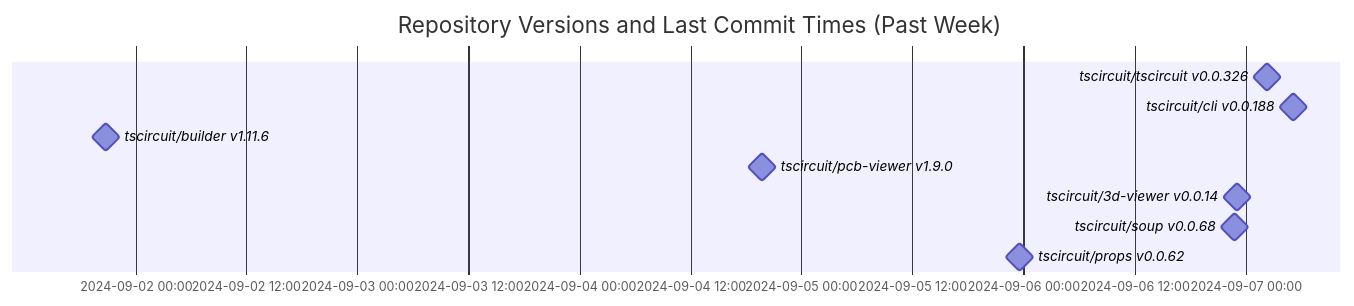
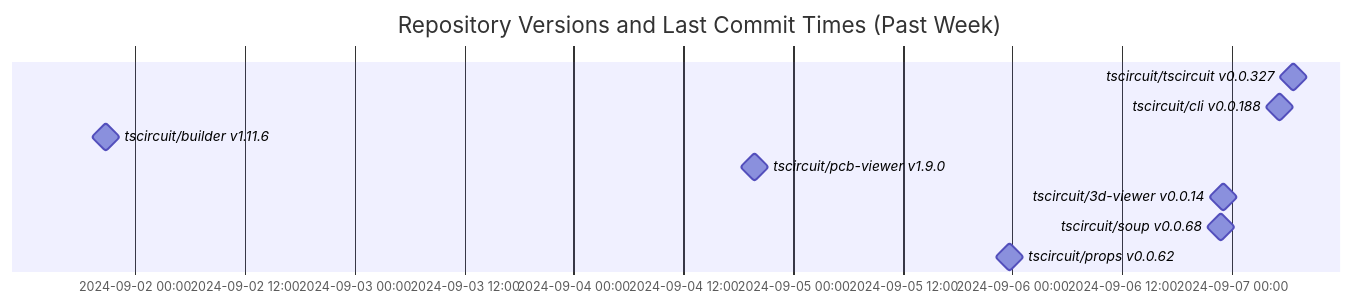
Before and after one commit to tscircuit/version-tracker: the diagram in README.md, drawn with Mermaid.

Commit message:
Update chart

````diff
--- a/README.md
+++ b/README.md
@@ -1,14 +1,14 @@
 ```mermaid
 gantt
   dateFormat  YYYY-MM-DD HH:mm:ss
   title Repository Versions and Last Commit Times (Past Week)
   axisFormat %Y-%m-%d %H:%M
 
-  tscircuit/tscircuit v0.0.326 : milestone, 2024-09-07 02:23:49, 1s
+  tscircuit/tscircuit v0.0.327 : milestone, 2024-09-07 06:43:48, 1s
   tscircuit/cli v0.0.188 : milestone, 2024-09-07 05:11:41, 1s
   tscircuit/builder v1.11.6 : milestone, 2024-09-01 20:47:46, 1s
   tscircuit/pcb-viewer v1.9.0 : milestone, 2024-09-04 19:45:38, 1s
   tscircuit/3d-viewer v0.0.14 : milestone, 2024-09-06 23:07:26, 1s
   tscircuit/soup v0.0.68 : milestone, 2024-09-06 22:51:33, 1s
   tscircuit/props v0.0.62 : milestone, 2024-09-05 23:38:33, 1s
 ```
````
